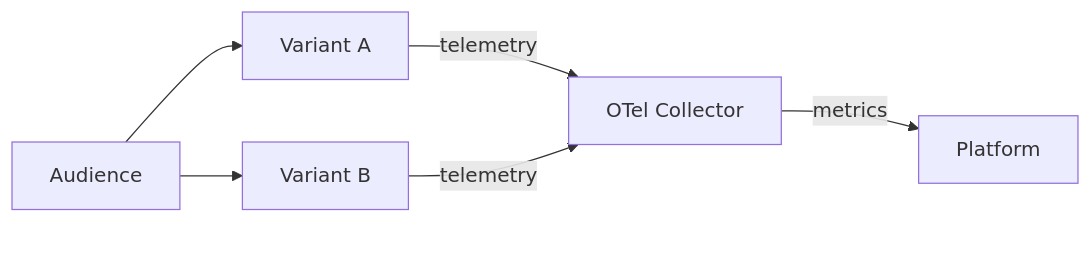
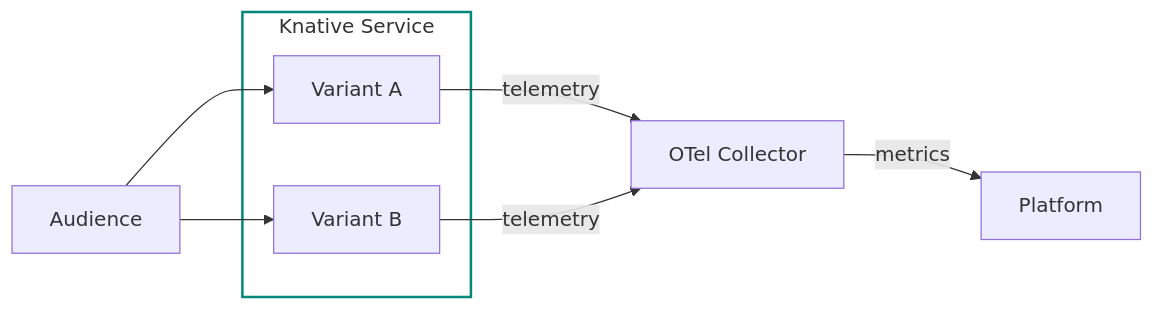
One commit to ThomasVitale/kubecon-2026-gitops changed the fourth of 28 diagrams in slides/index.qmd. Above: the diagram before and after it, drawn with Mermaid. The commit also changed other lines of this file and 4 other files, not shown here.

````diff
--- a/slides/index.qmd
+++ b/slides/index.qmd
@@ -140,10 +205,15 @@
 ```{mermaid}
 %%| fig-width: 10
 flowchart LR
   audience["Audience"] --> va["Variant A"]
   audience --> vb["Variant B"]
   va & vb -->|"telemetry"| collector["OTel Collector"]
   collector -->|"metrics"| platform["Platform"]
   platform -.->|" "| audience
+  subgraph knative ["Knative Service"]
+    va
+    vb
+  end
+  style knative fill:none,stroke:#00897B,stroke-width:2px
   linkStyle 5 stroke:none
 ```
````
